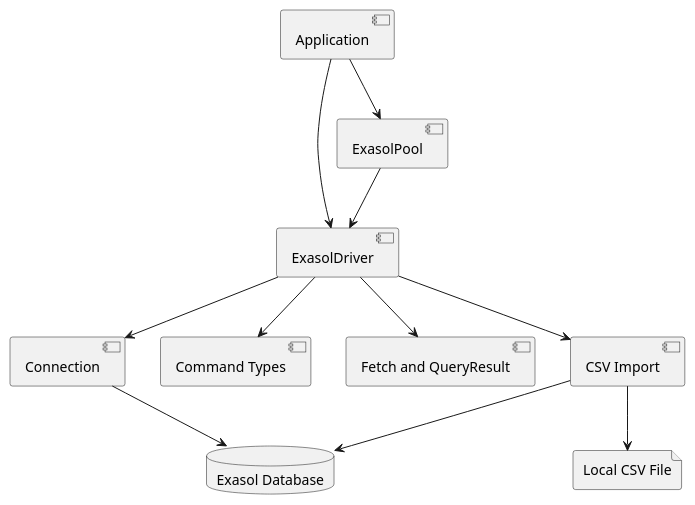
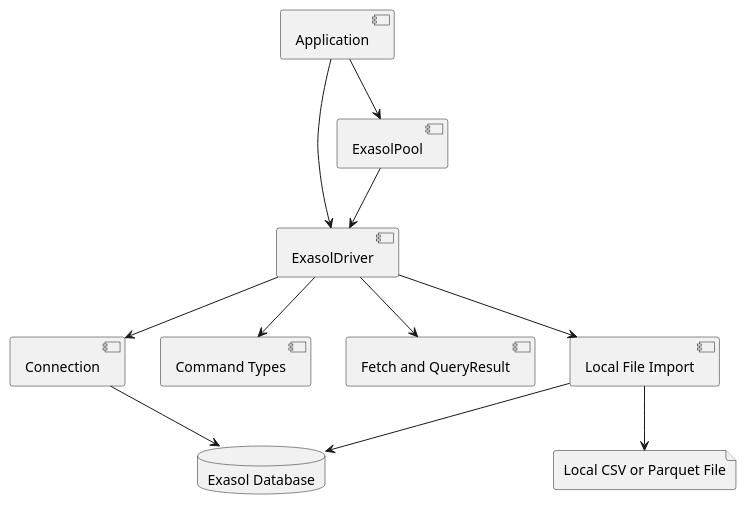
Before and after one commit to exasol/exasol-driver-ts: the diagram in doc/spec/design/building_block_view.md, drawn with PlantUML. The commit also changed other lines of this file and 28 other files, not shown here.

Commit message:
#61: Local parqut import (#101)

````diff
--- a/doc/spec/design/building_block_view.md
+++ b/doc/spec/design/building_block_view.md
@@ -7,24 +7,24 @@
 ```plantuml
 @startuml
 component "Application" as App
 component "ExasolDriver" as Driver
 component "Connection" as Connection
 component "Command Types" as Commands
 component "Fetch and QueryResult" as Results
 component "ExasolPool" as Pool
-component "CSV Import" as CsvImport
+component "Local File Import" as FileImport
 database "Exasol Database" as Exasol
-file "Local CSV File" as CsvFile
+file "Local CSV or Parquet File" as LocalFile
 
 App --> Driver
 App --> Pool
 Pool --> Driver
 Driver --> Connection
 Driver --> Commands
 Driver --> Results
-Driver --> CsvImport
-CsvImport --> CsvFile
+Driver --> FileImport
+FileImport --> LocalFile
 Connection --> Exasol
-CsvImport --> Exasol
+FileImport --> Exasol
 @enduml
 ```
````
